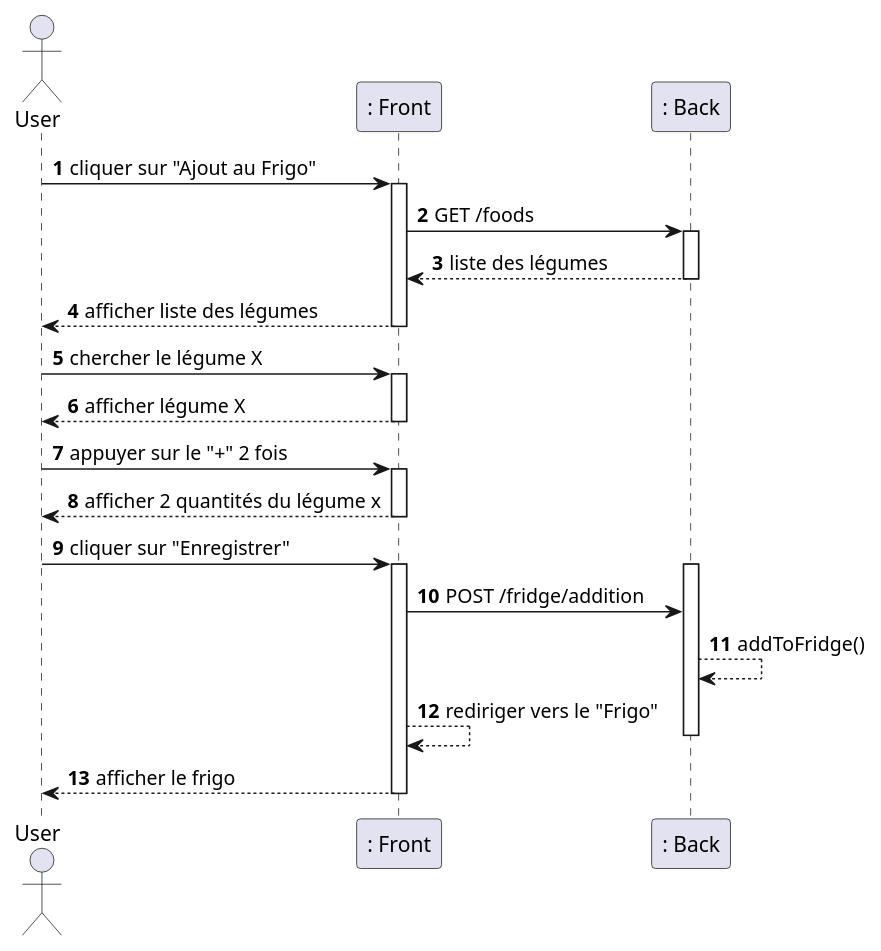
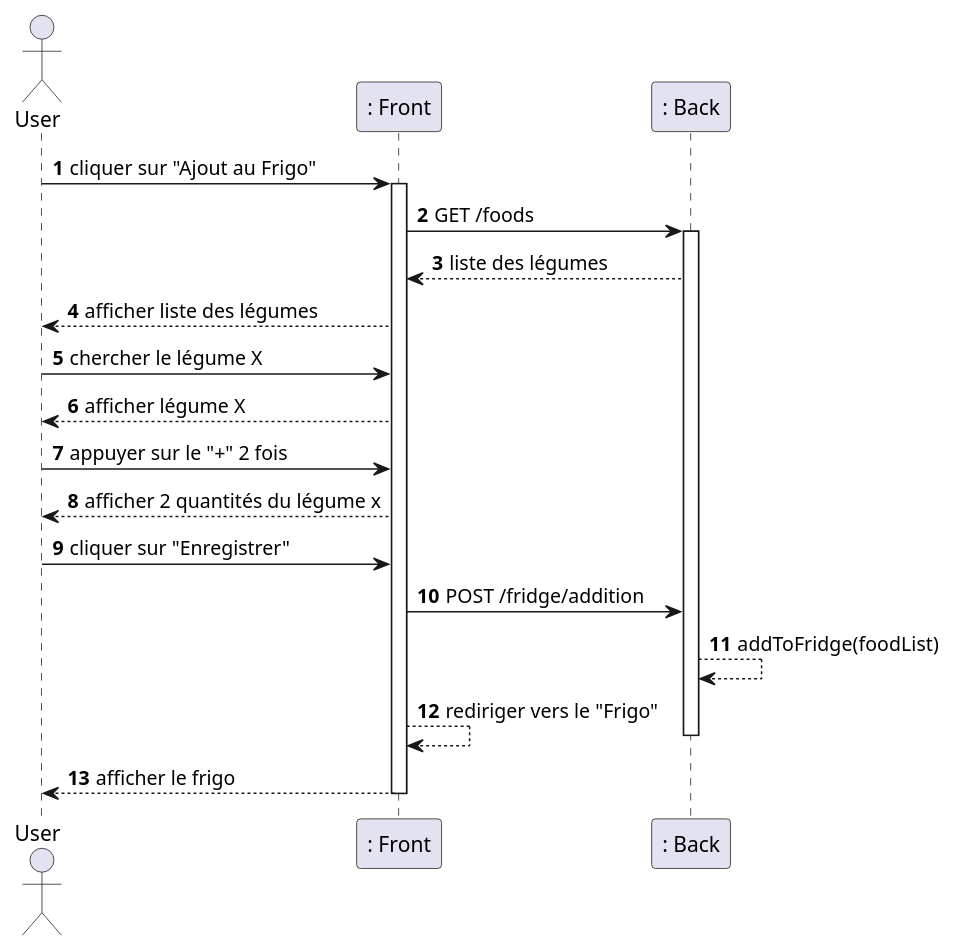
The diagram in docs/diagram/sequence/addToFridgeSystem.puml (romainvacheret/wadge-backend), drawn with PlantUML before and after one commit. The commit also changed 5 other files, not shown here.

Commit message:
docs: add precision to diagrams

```diff
--- a/docs/diagram/sequence/addToFridgeSystem.puml
+++ b/docs/diagram/sequence/addToFridgeSystem.puml
@@ -1,35 +1,25 @@
 @startuml addToFridgeSystem
 actor User
 autonumber
 
 participant ": Front" as frontend
 participant ": Back" as backend
 
 User -> frontend: cliquer sur "Ajout au Frigo"
 activate frontend
 frontend -> backend: GET /foods
 activate backend
 backend --> frontend: liste des légumes
-deactivate backend
 User <-- frontend: afficher liste des légumes
-deactivate frontend
-
 User -> frontend: chercher le légume X
-activate frontend
 User <-- frontend: afficher légume X
-deactivate frontend
 User -> frontend: appuyer sur le "+" 2 fois
-activate frontend
 User <-- frontend: afficher 2 quantités du légume x
-deactivate frontend
-
 User -> frontend: cliquer sur "Enregistrer"
-activate frontend
-activate backend
 frontend -> backend: POST /fridge/addition
-backend --> backend: addToFridge()
+backend --> backend: addToFridge(foodList)
 frontend --> frontend: rediriger vers le "Frigo"
 deactivate backend
 User <-- frontend: afficher le frigo
 deactivate frontend
 @enduml
```
